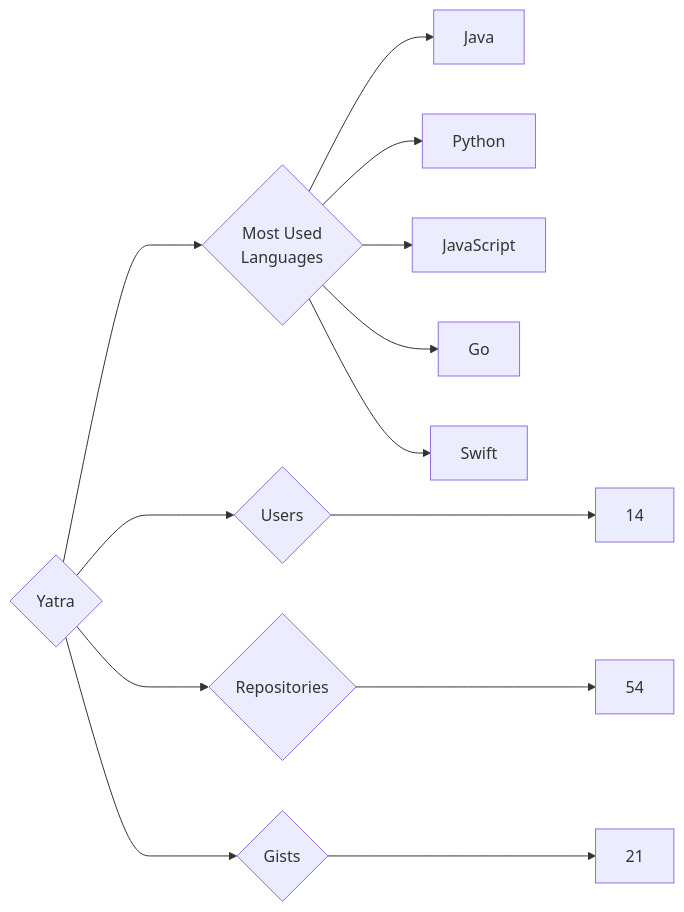
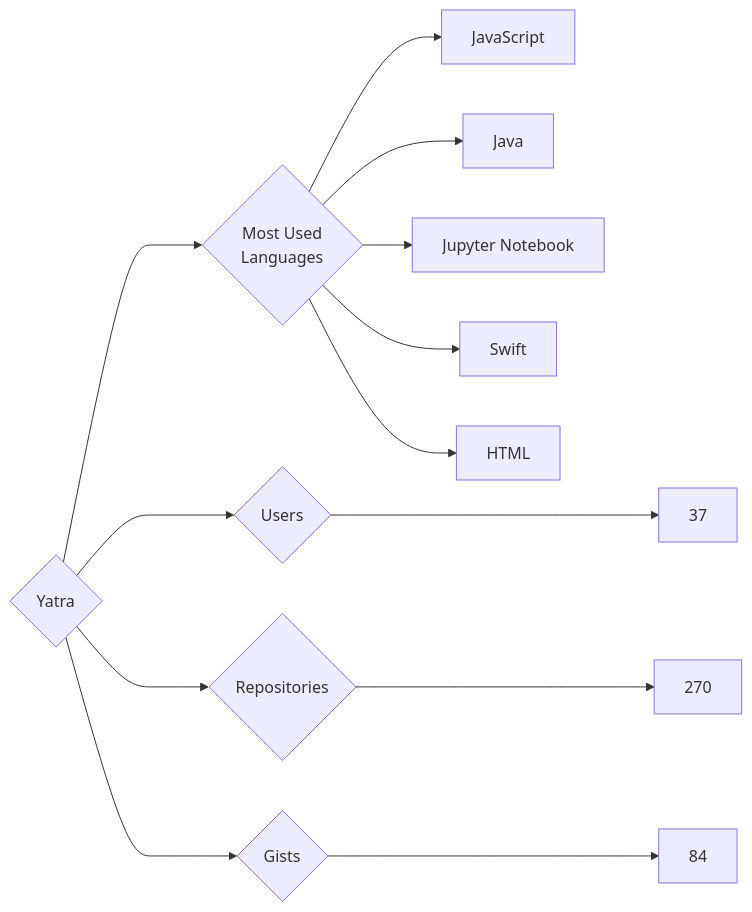
The diagram in targets/Yatra/README.md (trickest/insiders), drawn with Mermaid before and after one commit. The commit also changed 695 other files, not shown here.

````diff
--- a/targets/Yatra/README.md
+++ b/targets/Yatra/README.md
@@ -3,13 +3,13 @@
 ```mermaid
 graph LR
 COMPANY_NAME{Yatra}
-COMPANY_NAME ---> U{Users} ---> UN[14]
-COMPANY_NAME ---> R{Repositories} ---> RN[54]
-COMPANY_NAME ---> G{Gists} ---> GN[21]
+COMPANY_NAME ---> U{Users} ---> UN[37]
+COMPANY_NAME ---> R{Repositories} ---> RN[270]
+COMPANY_NAME ---> G{Gists} ---> GN[84]
 COMPANY_NAME ---> ML{Most Used<br>Languages}
+ML --> JavaScript[JavaScript]
 ML --> Java[Java]
-ML --> Python[Python]
-ML --> JavaScript[JavaScript]
-ML --> Go[Go]
+ML --> Jupyter_Notebook[Jupyter Notebook]
 ML --> Swift[Swift]
+ML --> HTML[HTML]
 ```
````
